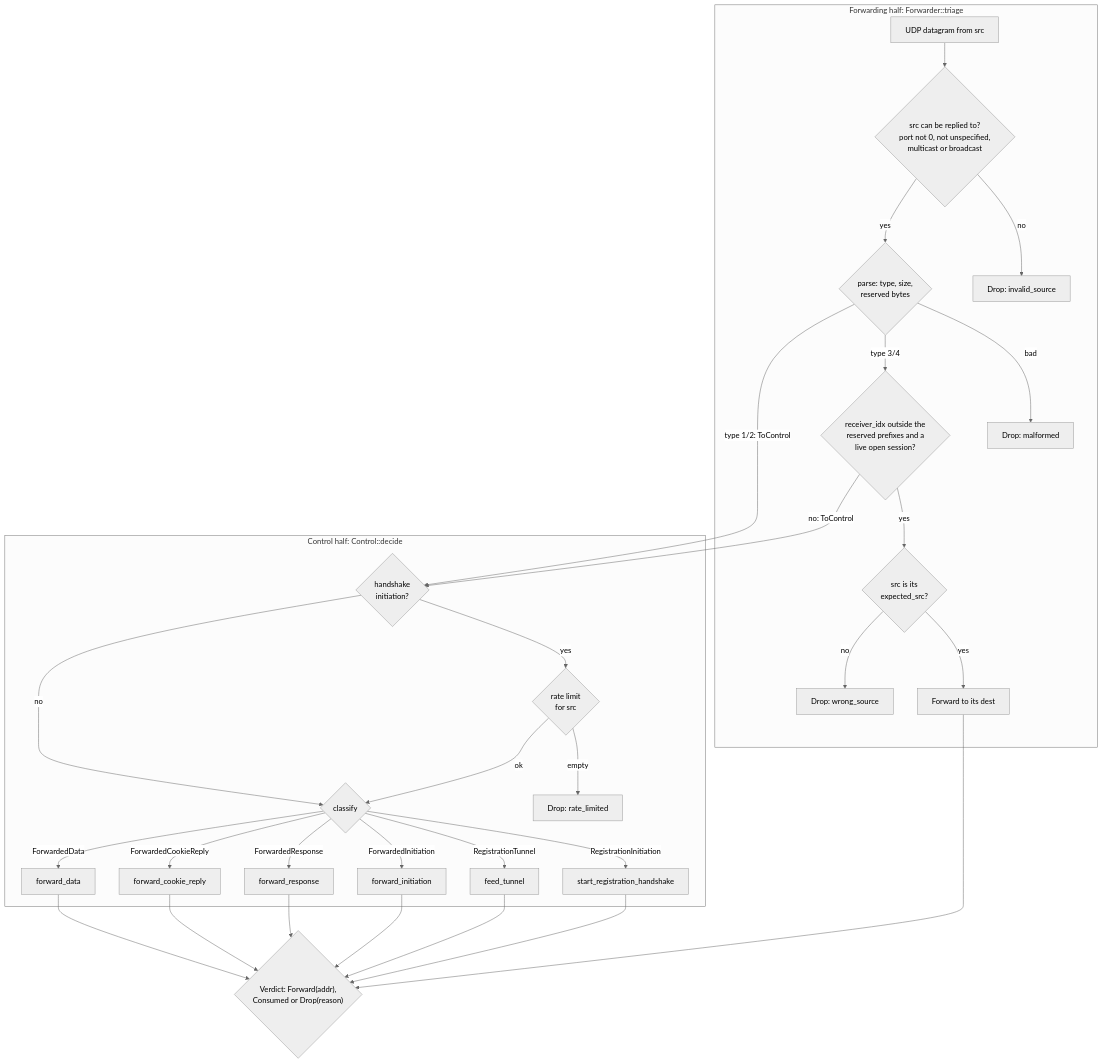
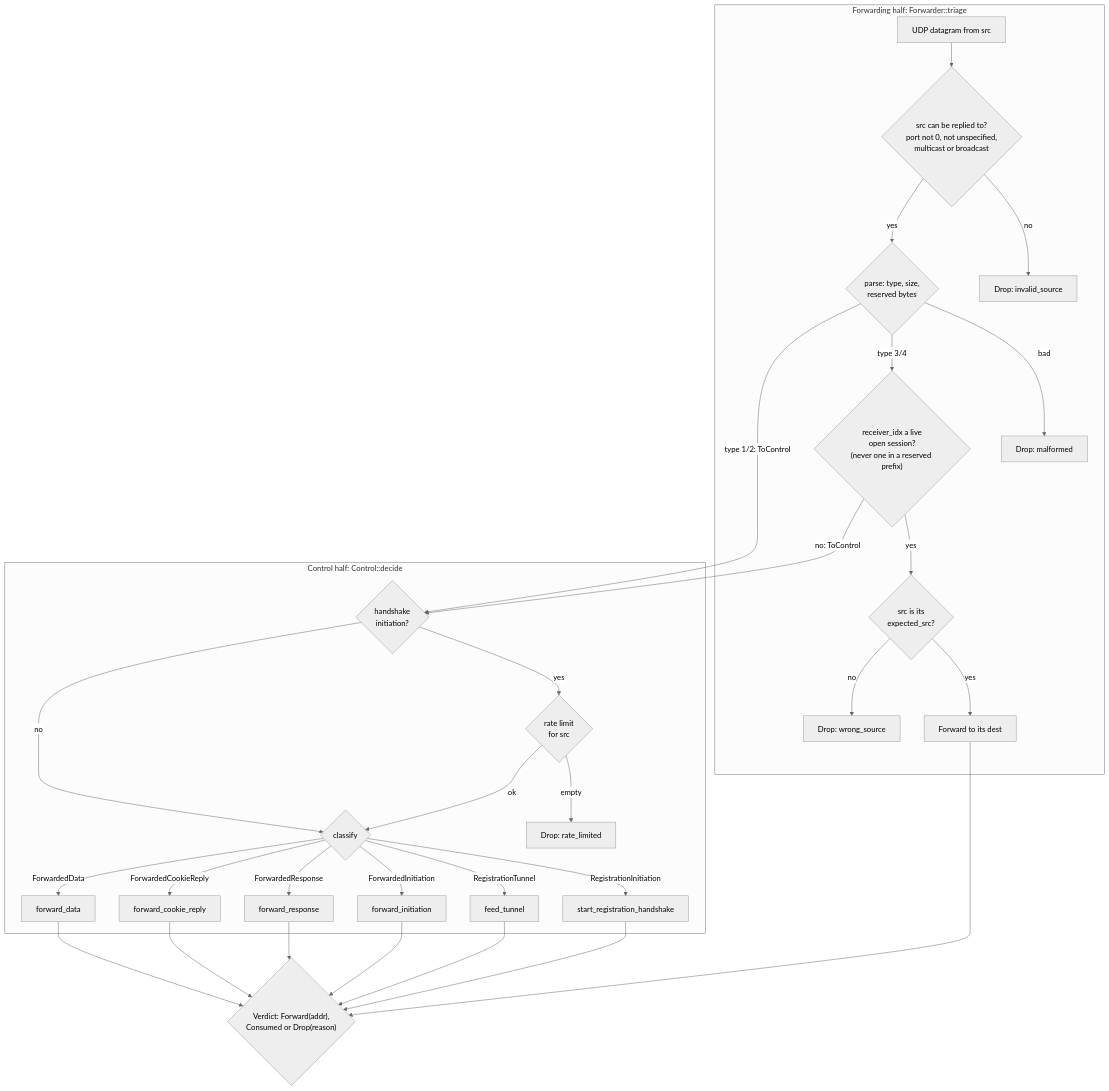
Diagram 15 of 23 in docs/how-it-works.md (3alpha/wg-relay), drawn with Mermaid (neutral theme) before and after one commit. The commit also changed other lines of this file and 26 other files, not shown here.

````diff
--- a/docs/how-it-works.md
+++ b/docs/how-it-works.md
@@ -512,35 +542,35 @@
 ```mermaid
 flowchart TD
     subgraph fwd["Forwarding half: Forwarder::triage"]
         IN["UDP datagram from src"] --> SV{"src can be replied to?<br/>port not 0, not unspecified,<br/>multicast or broadcast"}
         SV -- no --> D0["Drop: invalid_source"]
         SV -- yes --> P{"parse: type, size,<br/>reserved bytes"}
         P -- bad --> M["Drop: malformed"]
-        P -- "type 3/4" --> FO{"receiver_idx outside the<br/>reserved prefixes and a<br/>live open session?"}
+        P -- "type 3/4" --> FO{"receiver_idx a live<br/>open session?<br/>(never one in a reserved prefix)"}
         FO -- yes --> FS{"src is its<br/>expected_src?"}
         FS -- yes --> FW["Forward to its dest"]
         FS -- no --> D3["Drop: wrong_source"]
     end
     subgraph ctl["Control half: Control::decide"]
         T{"handshake<br/>initiation?"}
         T -- yes --> RL{"rate limit<br/>for src"}
         RL -- empty --> D1["Drop: rate_limited"]
         RL -- ok --> C{"classify"}
         T -- no --> C
         C -- "RegistrationInitiation" --> REG["start_registration_handshake"]
         C -- "RegistrationTunnel" --> TR["feed_tunnel"]
         C -- "ForwardedInitiation" --> FI["forward_initiation"]
         C -- "ForwardedResponse" --> FR["forward_response"]
         C -- "ForwardedCookieReply" --> FC["forward_cookie_reply"]
         C -- "ForwardedData" --> FD["forward_data"]
     end
     P -- "type 1/2: ToControl" --> T
     FO -- "no: ToControl" --> T
     FW --> V{"Verdict: Forward(addr),<br/>Consumed or Drop(reason)"}
     REG --> V
     TR --> V
     FI --> V
     FR --> V
     FC --> V
     FD --> V
 ```
````
